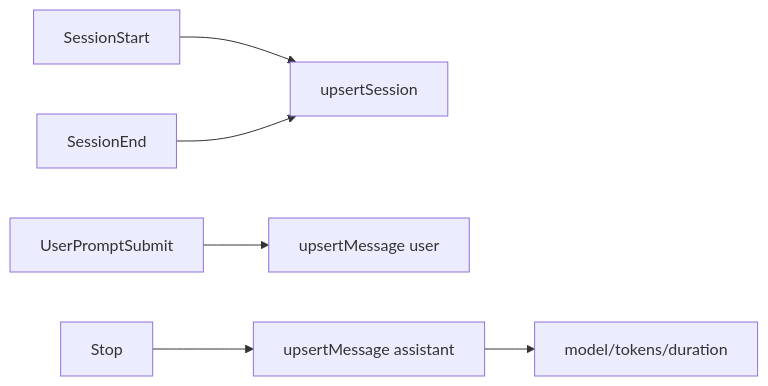
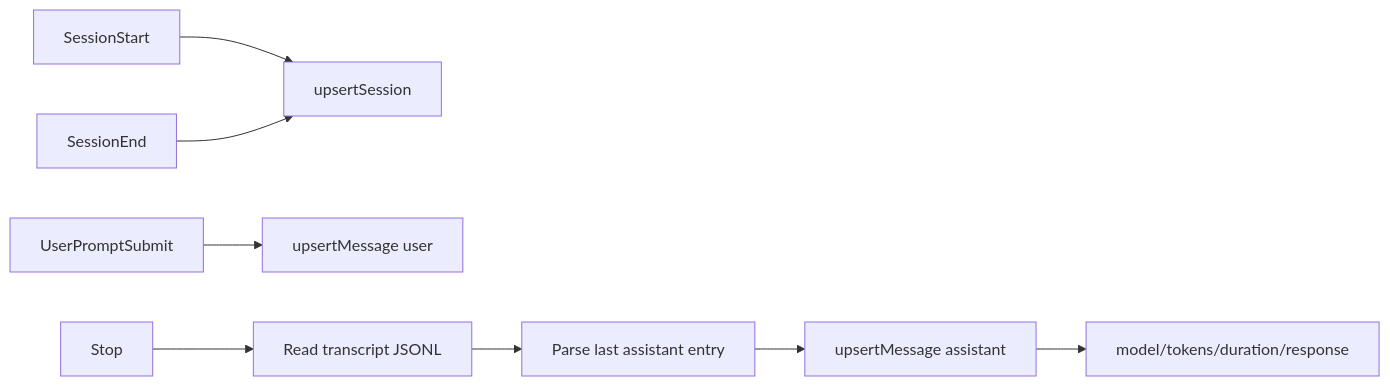
The diagram in lode/claude/data-mapping.md (dxta-dev/clankers), drawn with Mermaid before and after one commit. The commit also changed other lines of this file and 4 other files, not shown here.

````diff
--- a/lode/claude/data-mapping.md
+++ b/lode/claude/data-mapping.md
@@ -41,8 +51,10 @@
 ```mermaid
 flowchart LR
   SessionStart --> SessionUpsert[upsertSession]
   SessionEnd --> SessionUpsert
   UserPromptSubmit --> UserMessage[upsertMessage user]
-  Stop --> AssistantMessage[upsertMessage assistant]
-  AssistantMessage --> Fields[model/tokens/duration]
+  Stop --> ReadTranscript[Read transcript JSONL]
+  ReadTranscript --> ParseEntry[Parse last assistant entry]
+  ParseEntry --> AssistantMessage[upsertMessage assistant]
+  AssistantMessage --> Fields[model/tokens/duration/response]
 ```
````
